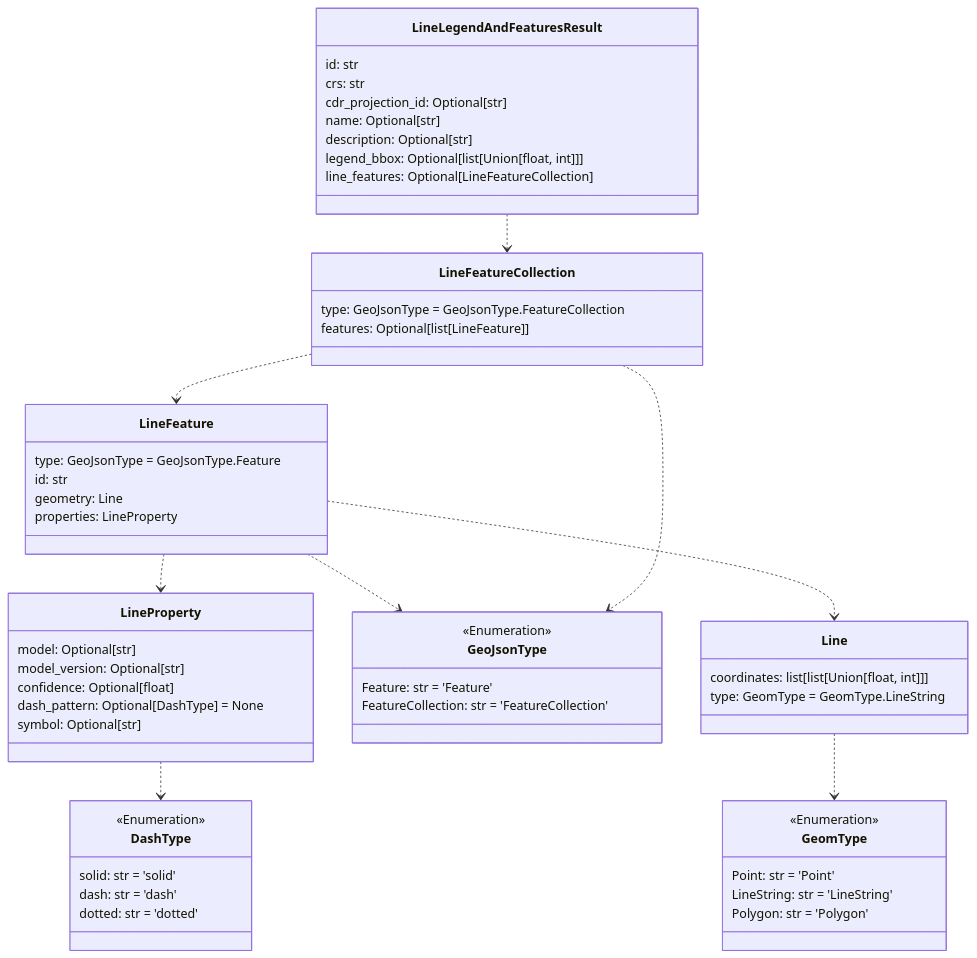
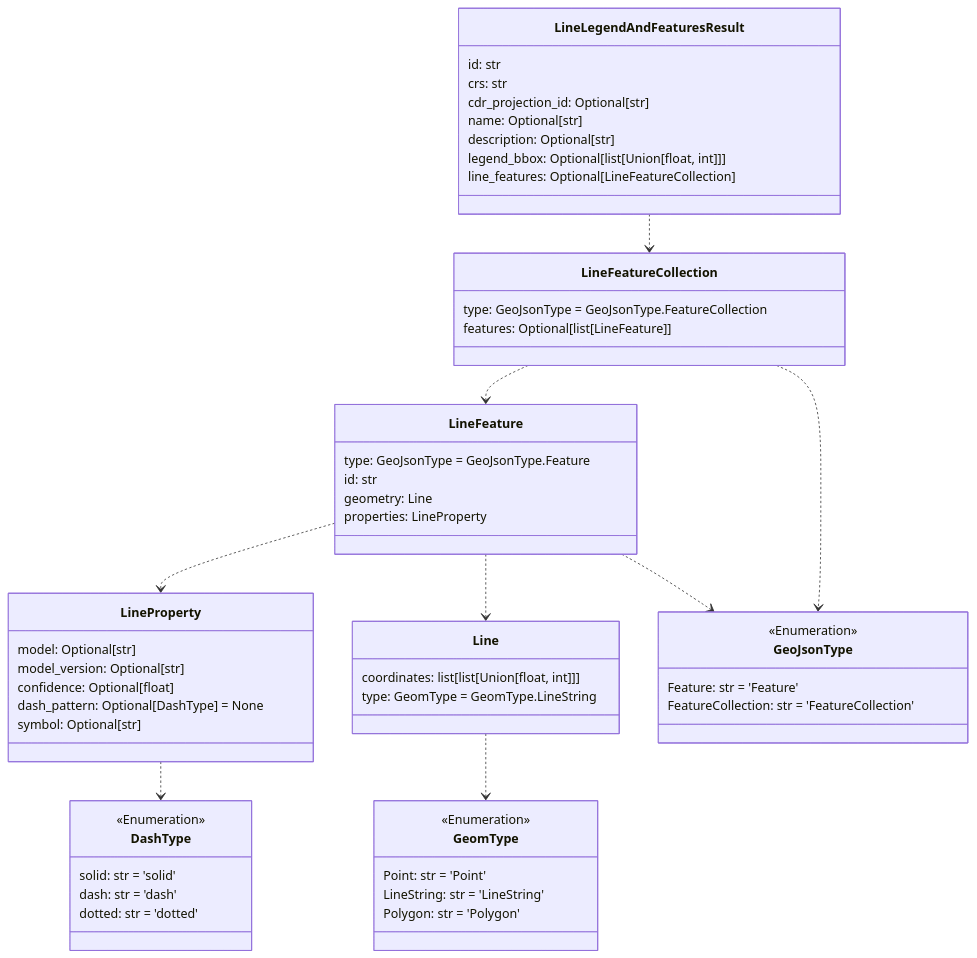
The sixth of 12 diagrams in README.md (DARPA-CRITICALMAAS/cdr_schemas), drawn with Mermaid before and after one commit. The commit also changed other lines of this file and 3 other files, not shown here.

````diff
--- a/README.md
+++ b/README.md
@@ -411,69 +402,69 @@
 ```mermaid
 classDiagram
+
+    class LineFeatureCollection {
+        type: GeoJsonType = GeoJsonType.FeatureCollection
+        features: Optional[list[LineFeature]]
+    }
 
     class Line {
         coordinates: list[list[Union[float, int]]]
         type: GeomType = GeomType.LineString
+    }
+
+    class DashType {
+        <<Enumeration>>
+        solid: str = 'solid'
+        dash: str = 'dash'
+        dotted: str = 'dotted'
     }
 
     class GeomType {
         <<Enumeration>>
         Point: str = 'Point'
         LineString: str = 'LineString'
         Polygon: str = 'Polygon'
+    }
+
+    class LineFeature {
+        type: GeoJsonType = GeoJsonType.Feature
+        id: str
+        geometry: Line
+        properties: LineProperty
     }
 
     class LineLegendAndFeaturesResult {
         id: str
         crs: str
         cdr_projection_id: Optional[str]
         name: Optional[str]
         description: Optional[str]
         legend_bbox: Optional[list[Union[float, int]]]
         line_features: Optional[LineFeatureCollection]
     }
 
-    class GeoJsonType {
-        <<Enumeration>>
-        Feature: str = 'Feature'
-        FeatureCollection: str = 'FeatureCollection'
-    }
-
-    class DashType {
-        <<Enumeration>>
-        solid: str = 'solid'
-        dash: str = 'dash'
-        dotted: str = 'dotted'
-    }
-
-    class LineFeature {
-        type: GeoJsonType = GeoJsonType.Feature
-        id: str
-        geometry: Line
-        properties: LineProperty
-    }
-
-    class LineFeatureCollection {
-        type: GeoJsonType = GeoJsonType.FeatureCollection
-        features: Optional[list[LineFeature]]
-    }
-
     class LineProperty {
         model: Optional[str]
         model_version: Optional[str]
         confidence: Optional[float]
         dash_pattern: Optional[DashType] = None
         symbol: Optional[str]
     }
 
+    class GeoJsonType {
+        <<Enumeration>>
+        Feature: str = 'Feature'
+        FeatureCollection: str = 'FeatureCollection'
+    }
+
     Line ..> GeomType
     LineProperty ..> DashType
     LineFeature ..> LineProperty
+    LineFeature ..> Line
     LineFeature ..> GeoJsonType
-    LineFeature ..> Line
+    LineFeatureCollection ..> LineFeature
     LineFeatureCollection ..> GeoJsonType
-    LineFeatureCollection ..> LineFeature
     LineLegendAndFeaturesResult ..> LineFeatureCollection
 
 
 ```
````
